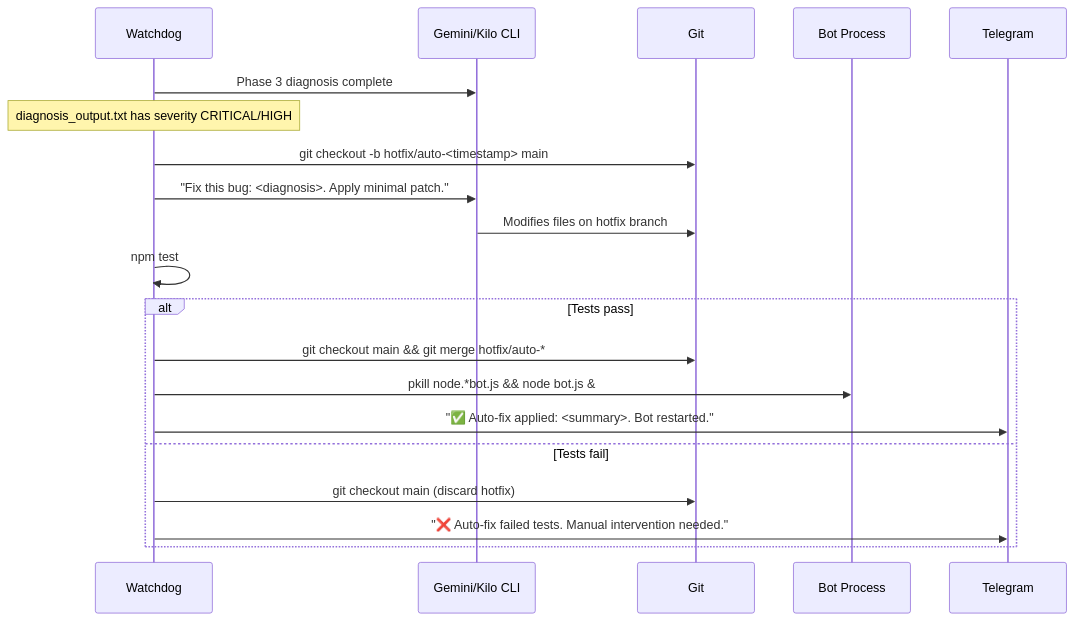
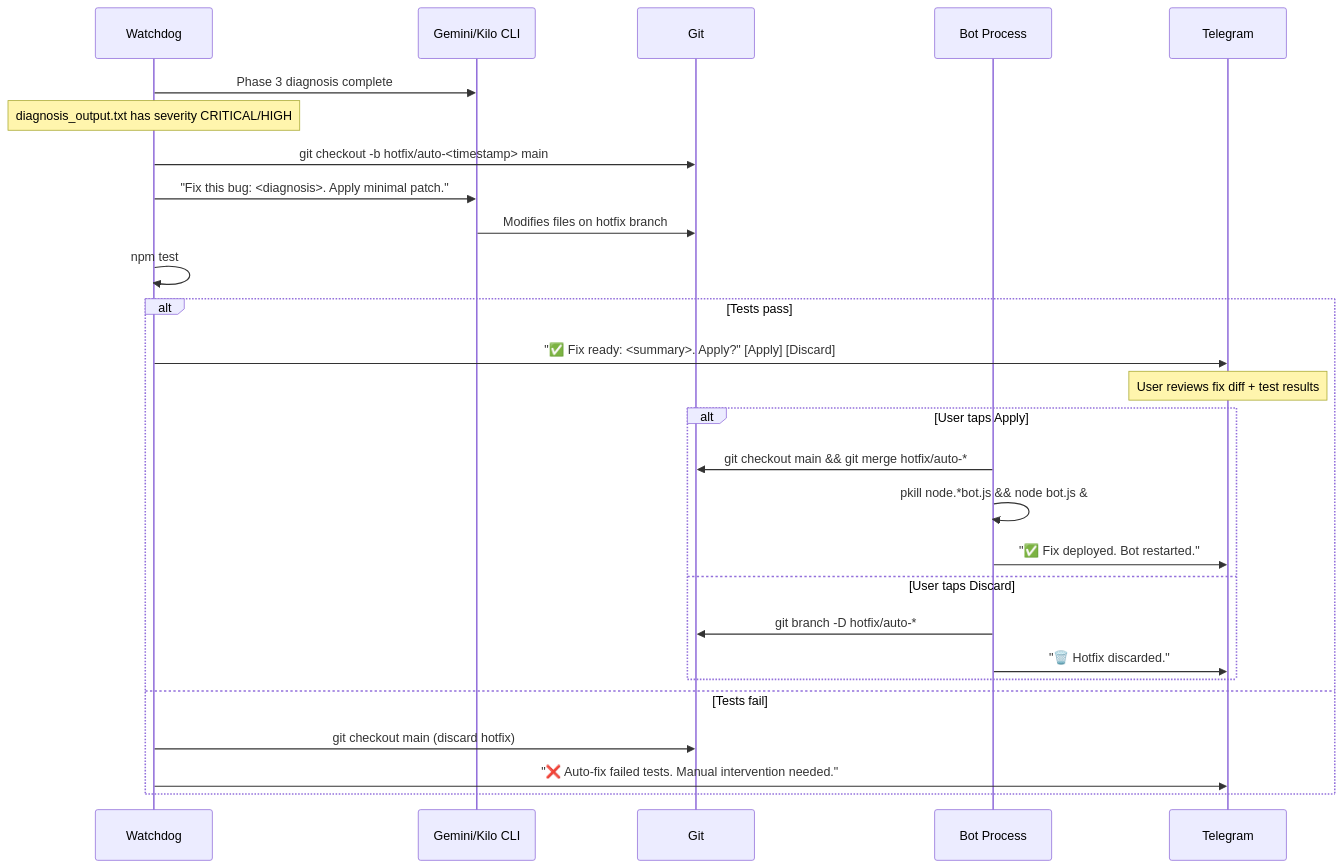
One commit to Mkn501/remote-antigravity changed the third of 3 diagrams in docs/specs/self_healing_spec.md. Above: the diagram before and after it, drawn with Mermaid. The commit also changed other lines of this file, not shown here.

First line of the commit message:
spec: Phase 4 requires user approval before deploying fix

````diff
--- a/docs/specs/self_healing_spec.md
+++ b/docs/specs/self_healing_spec.md
@@ -314,23 +314,30 @@
 ```mermaid
 sequenceDiagram
     participant WD as Watchdog
     participant CLI as Gemini/Kilo CLI
     participant GIT as Git
     participant BOT as Bot Process
     participant TG as Telegram
 
     WD->>CLI: Phase 3 diagnosis complete
     Note over WD: diagnosis_output.txt has severity CRITICAL/HIGH
     WD->>GIT: git checkout -b hotfix/auto-<timestamp> main
     WD->>CLI: "Fix this bug: <diagnosis>. Apply minimal patch."
     CLI->>GIT: Modifies files on hotfix branch
     WD->>WD: npm test
     alt Tests pass
-        WD->>GIT: git checkout main && git merge hotfix/auto-*
-        WD->>BOT: pkill node.*bot.js && node bot.js &
-        WD->>TG: "✅ Auto-fix applied: <summary>. Bot restarted."
+        WD->>TG: "✅ Fix ready: <summary>. Apply?" [Apply] [Discard]
+        Note over TG: User reviews fix diff + test results
+        alt User taps Apply
+            BOT->>GIT: git checkout main && git merge hotfix/auto-*
+            BOT->>BOT: pkill node.*bot.js && node bot.js &
+            BOT->>TG: "✅ Fix deployed. Bot restarted."
+        else User taps Discard
+            BOT->>GIT: git branch -D hotfix/auto-*
+            BOT->>TG: "🗑️ Hotfix discarded."
+        end
     else Tests fail
         WD->>GIT: git checkout main (discard hotfix)
         WD->>TG: "❌ Auto-fix failed tests. Manual intervention needed."
     end
 ```
````
